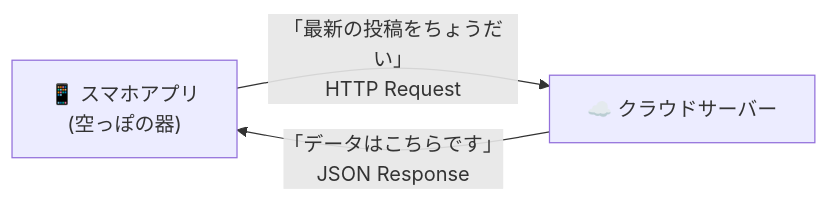
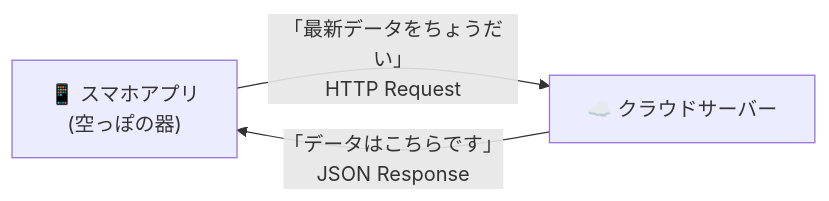
Before and after one commit to kashiwabarakenji/multimedia: the eighth of 9 diagrams in part9_database.qmd, drawn with Mermaid. The commit also changed other lines of this file and 3 other files, not shown here.

````diff
--- a/part9_database.qmd
+++ b/part9_database.qmd
@@ -923,5 +872,5 @@
 ```{mermaid}
 flowchart LR
-    A["📱 スマホアプリ<br/>(空っぽの器)"] -->|「最新の投稿をちょうだい」<br/>HTTP Request| B["☁️ クラウドサーバー"]
+    A["📱 スマホアプリ<br/>(空っぽの器)"] -->|「最新データをちょうだい」<br/>HTTP Request| B["☁️ クラウドサーバー"]
     B -->|「データはこちらです」<br/>JSON Response| A
 ```
````
